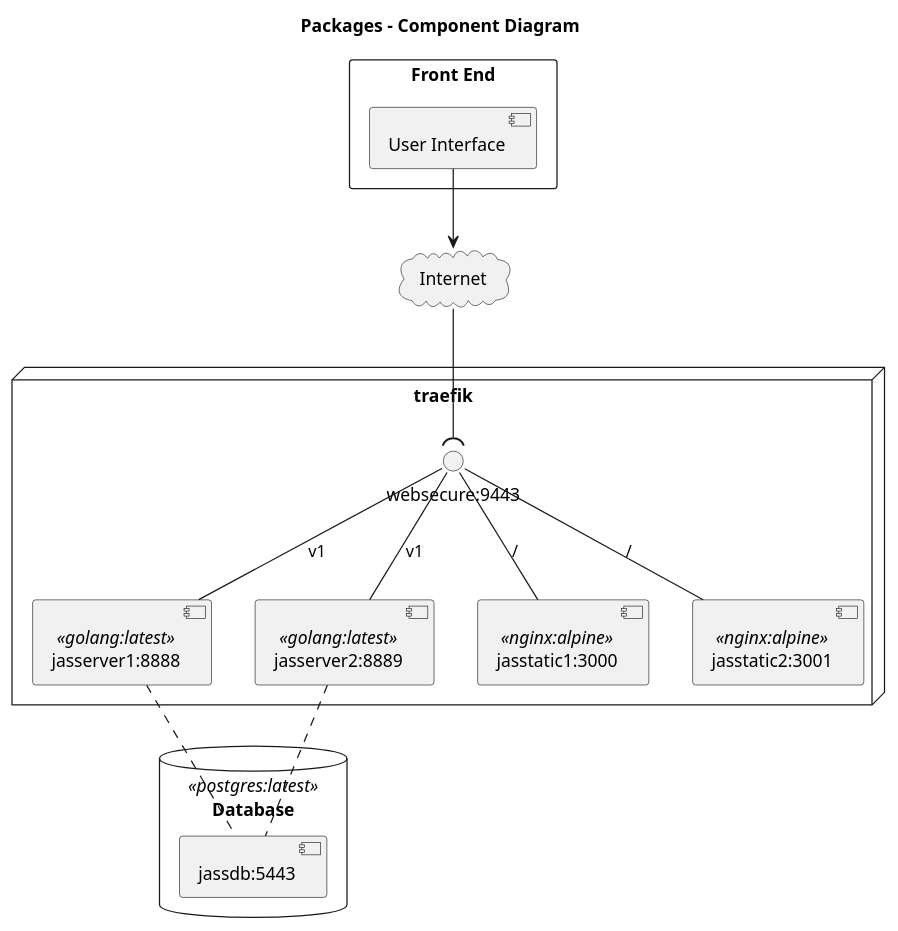
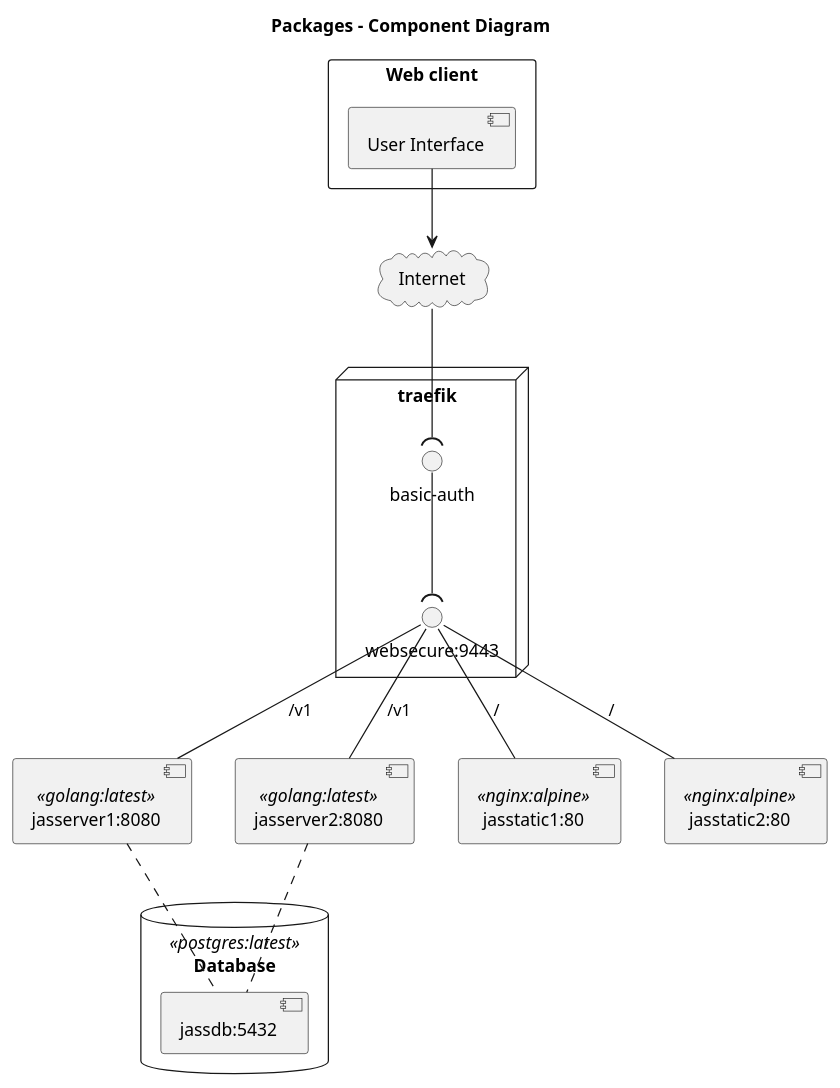
One commit to moschi/VSS_CT changed the diagram in components.plantuml. Above: the diagram before and after it, drawn with PlantUML. The commit also changed 3 other files, not shown here.

Commit message:
updated docu and components diagram

```diff
--- a/components.plantuml
+++ b/components.plantuml
@@ -1,34 +1,37 @@
 @startuml
 
 title Packages - Component Diagram
 
-rectangle "Front End" {
+rectangle "Web client" {
     component [User Interface] as GUI
 }
 
 cloud Internet {
 }
  
 node "traefik" {
-    component "jasserver1:8888" <<golang:latest>> as jasserver1
-    component "jasserver2:8889" <<golang:latest>> as jasserver2
-    component "jasstatic1:3000" <<nginx:alpine>> as jasstatic1
-    component "jasstatic2:3001" <<nginx:alpine>> as jasstatic2
     interface "websecure:9443" as access
+    interface "basic-auth" as auth
 } 
 
+component "jasserver1:8080" <<golang:latest>> as jasserver1
+component "jasserver2:8080" <<golang:latest>> as jasserver2
+component "jasstatic1:80" <<nginx:alpine>> as jasstatic1
+component "jasstatic2:80" <<nginx:alpine>> as jasstatic2
+
 database "Database" <<postgres:latest>> {
-    [jassdb:5443] as jassdb
+    [jassdb:5432] as jassdb
 }
 
 
 GUI -down-> Internet
-Internet -down-( access
+Internet -down-( auth
+auth -down-( access
 access -down- jasstatic1 :/
 access -down- jasstatic2 :/
-access -down- jasserver1 :v1
-access -down- jasserver2 :v1
+access -down- jasserver1 :/v1
+access -down- jasserver2 :/v1
 jasserver1 .. [jassdb]
 jasserver2 .. [jassdb]
 
 @enduml
```
